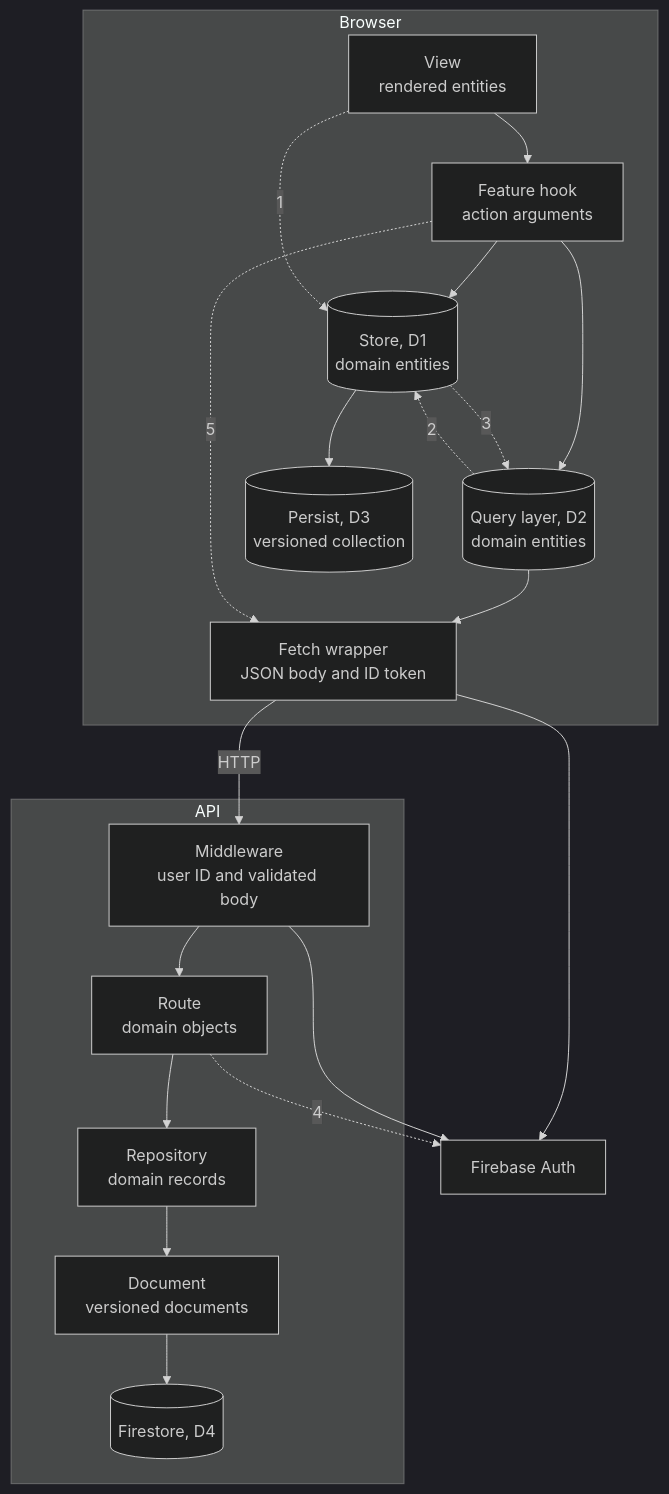
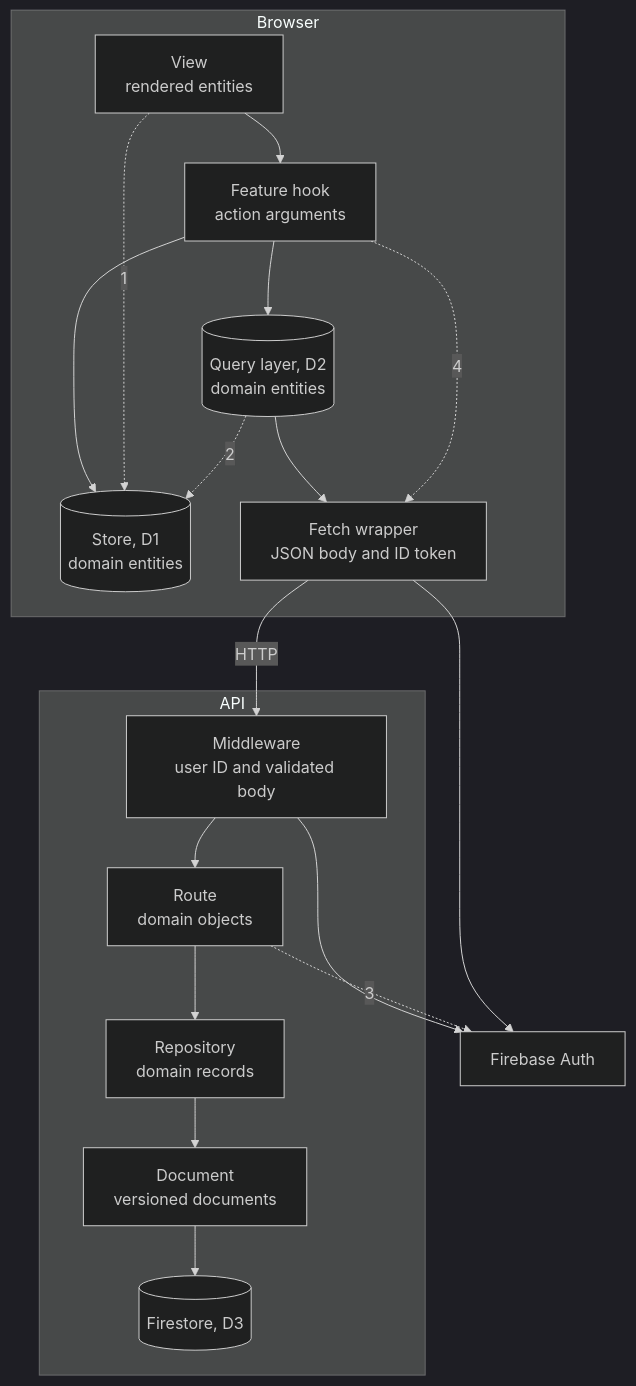
Before and after one commit to dungeon-studio/genshin.dungeon.studio: the first of 3 diagrams in docs/reference/data-flow-layers.md, drawn with Mermaid (dark theme). The commit also changed other lines of this file and 32 other files, not shown here.

````diff
--- a/docs/reference/data-flow-layers.md
+++ b/docs/reference/data-flow-layers.md
@@ -16,40 +16,37 @@
 ```mermaid
 flowchart TB
   subgraph browser[Browser]
     view[View<br>rendered entities]
     hook[Feature hook<br>action arguments]
     store[(Store, D1<br>domain entities)]
     query[(Query layer, D2<br>domain entities)]
-    persist[(Persist, D3<br>versioned collection)]
     fetchWrapper[Fetch wrapper<br>JSON body and ID token]
   end
 
   subgraph api[API]
     middleware[Middleware<br>user ID and validated body]
     route[Route<br>domain objects]
     repository[Repository<br>domain records]
     document[Document<br>versioned documents]
-    firestore[(Firestore, D4)]
+    firestore[(Firestore, D3)]
   end
 
   firebaseAuth[Firebase Auth]
 
   view --> hook
   hook --> store
   hook --> query
-  store --> persist
   query --> fetchWrapper
   fetchWrapper -->|HTTP| middleware
   middleware --> route
   route --> repository
   repository --> document
   document --> firestore
   fetchWrapper --> firebaseAuth
   middleware --> firebaseAuth
 
   view -.->|1| store
   query -.->|2| store
-  store -.->|3| query
-  route -.->|4| firebaseAuth
-  hook -.->|5| fetchWrapper
+  route -.->|3| firebaseAuth
+  hook -.->|4| fetchWrapper
 ```
````
